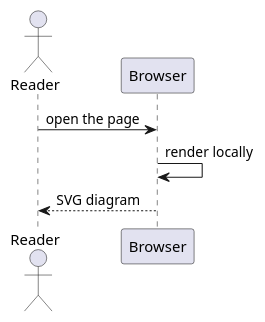
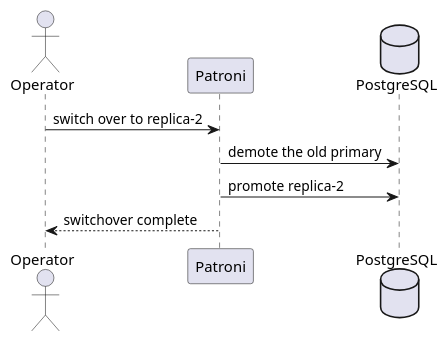
Before and after one commit to pgsty/oink.pgsty.com: the first of 5 diagrams in content/docs/components/plantuml.md, drawn with PlantUML. The commit also changed other lines of this file and 148 other files, not shown here.

````diff
--- a/content/docs/components/plantuml.md
+++ b/content/docs/components/plantuml.md
@@ -45,9 +48,11 @@
 ```plantuml
 @startuml
-actor Reader
-participant Browser
-Reader -> Browser : open the page
-Browser -> Browser : render locally
-Browser --> Reader : SVG diagram
+actor Operator
+participant Patroni
+database PostgreSQL
+Operator -> Patroni : switch over to replica-2
+Patroni -> PostgreSQL : demote the old primary
+Patroni -> PostgreSQL : promote replica-2
+Patroni --> Operator : switchover complete
 @enduml
 ```
````
